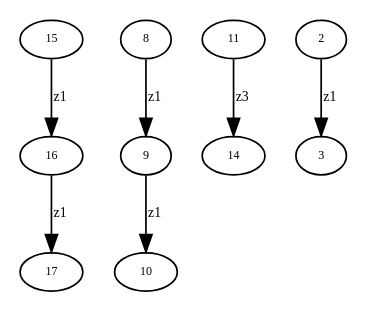
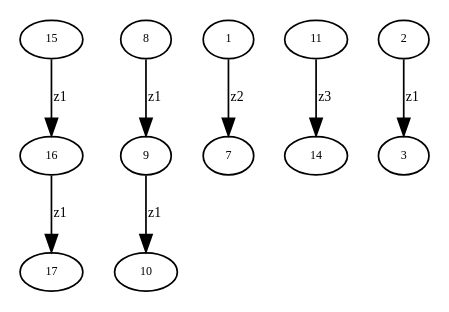
Before and after one commit to AndrewDuncan/Doublecoset: the diagram in python/genfold/alg3_test_D0_Z.gv, drawn with Graphviz. The commit also changed 6 other files, not shown here.

```diff
--- a/python/genfold/alg3_test_D0_Z.gv
+++ b/python/genfold/alg3_test_D0_Z.gv
@@ -1,18 +1,20 @@
 digraph D1_Z {
 "Delta Zv17" [label="17",fontsize=7,width=.01,height=.01];
 "Delta Zv16" [label="16",fontsize=7,width=.01,height=.01];
 "Delta Zv16" -> "Delta Zv17" [label="z1",fontsize=8];
 "Delta Zv15" [label="15",fontsize=7,width=.01,height=.01];
 "Delta Zv15" -> "Delta Zv16" [label="z1",fontsize=8];
 "Delta Zv10" [label="10",fontsize=7,width=.01,height=.01];
 "Delta Zv9" [label="9",fontsize=7,width=.01,height=.01];
 "Delta Zv9" -> "Delta Zv10" [label="z1",fontsize=8];
 "Delta Zv8" [label="8",fontsize=7,width=.01,height=.01];
 "Delta Zv8" -> "Delta Zv9" [label="z1",fontsize=8];
+"Delta Zv7" [label="7",fontsize=7,width=.01,height=.01];
+"Delta Zv1" [label="1",fontsize=7,width=.01,height=.01];
+"Delta Zv1" -> "Delta Zv7" [label="z2",fontsize=8];
 "Delta Zv14" [label="14",fontsize=7,width=.01,height=.01];
 "Delta Zv11" [label="11",fontsize=7,width=.01,height=.01];
 "Delta Zv11" -> "Delta Zv14" [label="z3",fontsize=8];
 "Delta Zv3" [label="3",fontsize=7,width=.01,height=.01];
 "Delta Zv2" [label="2",fontsize=7,width=.01,height=.01];
-"Delta Zv2" -> "Delta Zv3" [label="z1",fontsize=8];
-}
+"Delta Zv2" -> "Delta Zv3" [label="z1",fontsize=8];}
```
